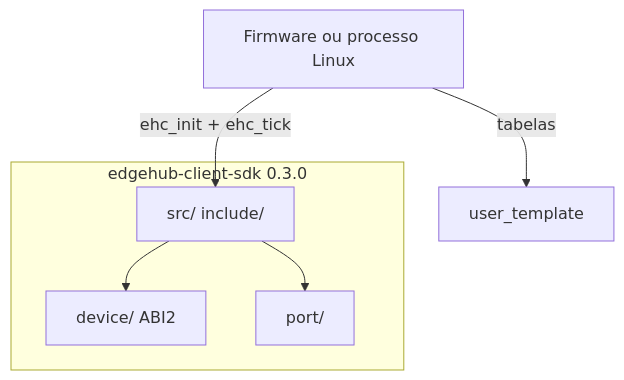
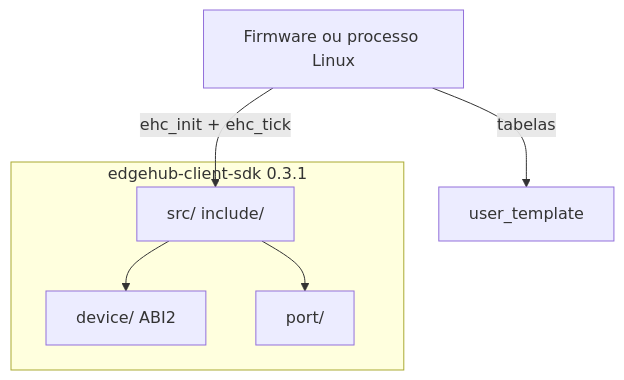
One commit to VitorVMSA/edgehub-sdk changed the diagram in memory-bank/system-patterns.md. Above: the diagram before and after it, drawn with Mermaid. The commit also changed other lines of this file and 28 other files, not shown here.

````diff
--- a/memory-bank/system-patterns.md
+++ b/memory-bank/system-patterns.md
@@ -19,13 +19,13 @@
 ```mermaid
 flowchart TB
-  subgraph sdk [edgehub-client-sdk 0.3.0]
+  subgraph sdk [edgehub-client-sdk 0.3.1]
     device[device/ ABI2]
     client[src/ include/]
     port[port/]
     client --> device
     client --> port
   end
   app[Firmware ou processo Linux]
   app -->|"ehc_init + ehc_tick"| client
   app -->|"tabelas"| user[user_template]
 ```
````
